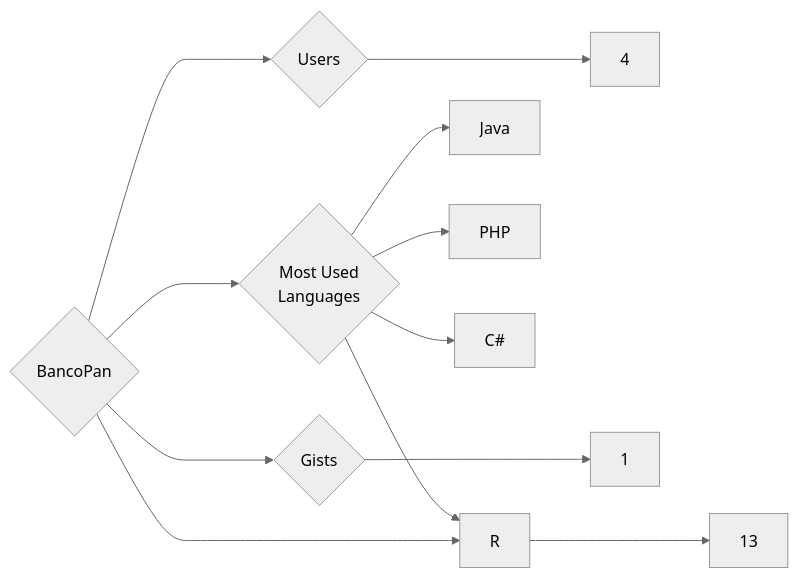
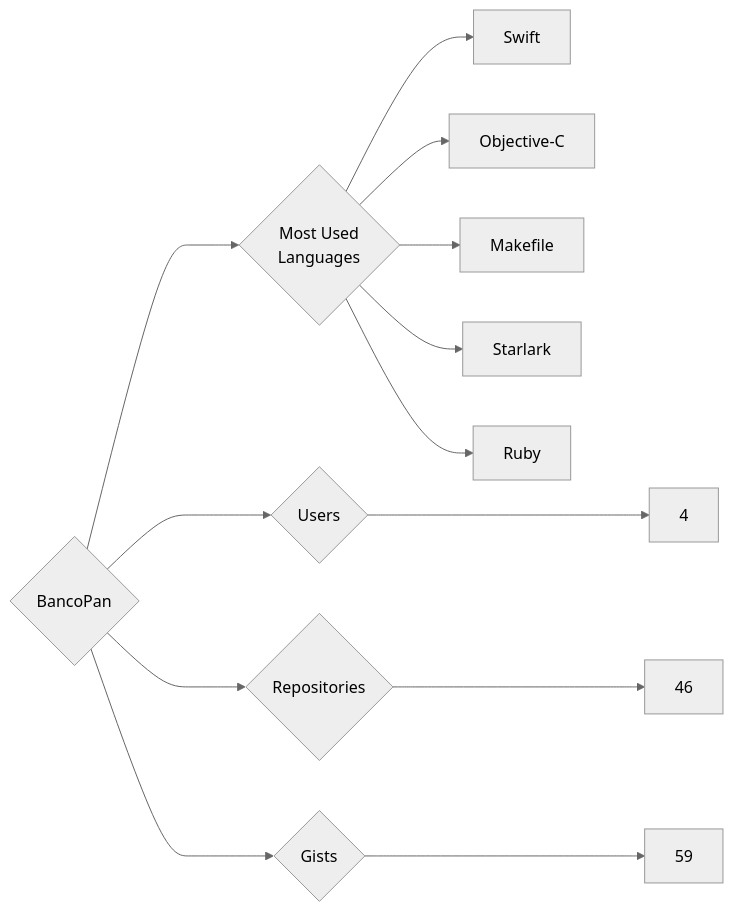
One commit to trickest/insiders changed the diagram in targets/BancoPan/README.md. Above: the diagram before and after it, drawn with Mermaid (neutral theme). The commit also changed 1030 other files, not shown here.

````diff
--- a/targets/BancoPan/README.md
+++ b/targets/BancoPan/README.md
@@ -3,12 +3,13 @@
 ```mermaid
 graph LR
 COMPANY_NAME{BancoPan}
 COMPANY_NAME ---> U{Users} ---> UN[4]
-COMPANY_NAME ---> R{Repositories} ---> RN[13]
-COMPANY_NAME ---> G{Gists} ---> GN[1]
+COMPANY_NAME ---> R{Repositories} ---> RN[46]
+COMPANY_NAME ---> G{Gists} ---> GN[59]
 COMPANY_NAME ---> ML{Most Used<br>Languages}
-ML --> Java[Java]
-ML --> R[R]
-ML --> PHP[PHP]
-ML --> C#[C#]
+ML --> Swift[Swift]
+ML --> Objective-C[Objective-C]
+ML --> Makefile[Makefile]
+ML --> Starlark[Starlark]
+ML --> Ruby[Ruby]
 ```
````
